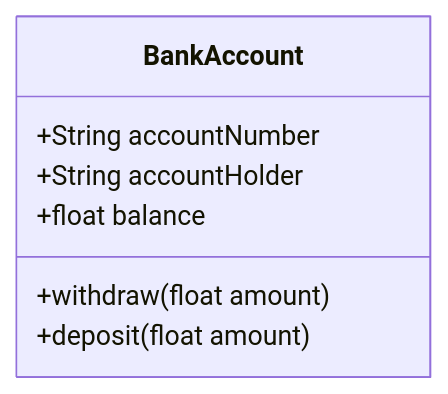
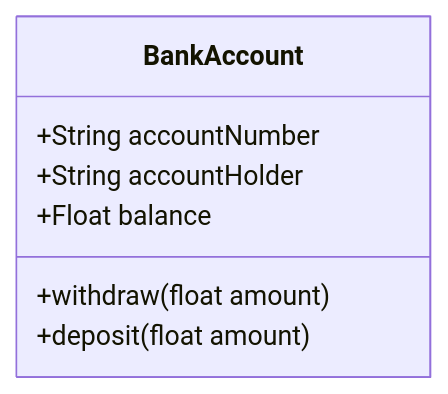
Before and after one commit to NM-TAFE/civ-ipriot-in-class-demos: the diagram in week12/warm_up.md, drawn with Mermaid.

Commit message:
fixed up typo

````diff
--- a/week12/warm_up.md
+++ b/week12/warm_up.md
@@ -13,10 +13,10 @@
 ```mermaid
 classDiagram
     class BankAccount {
         +String accountNumber
         +String accountHolder
-        +float balance
+        +Float balance
         +withdraw(float amount)
         +deposit(float amount)
     }
 ```
````
